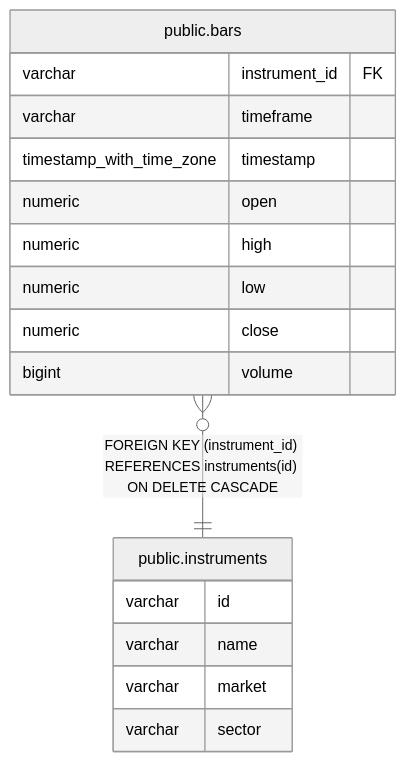
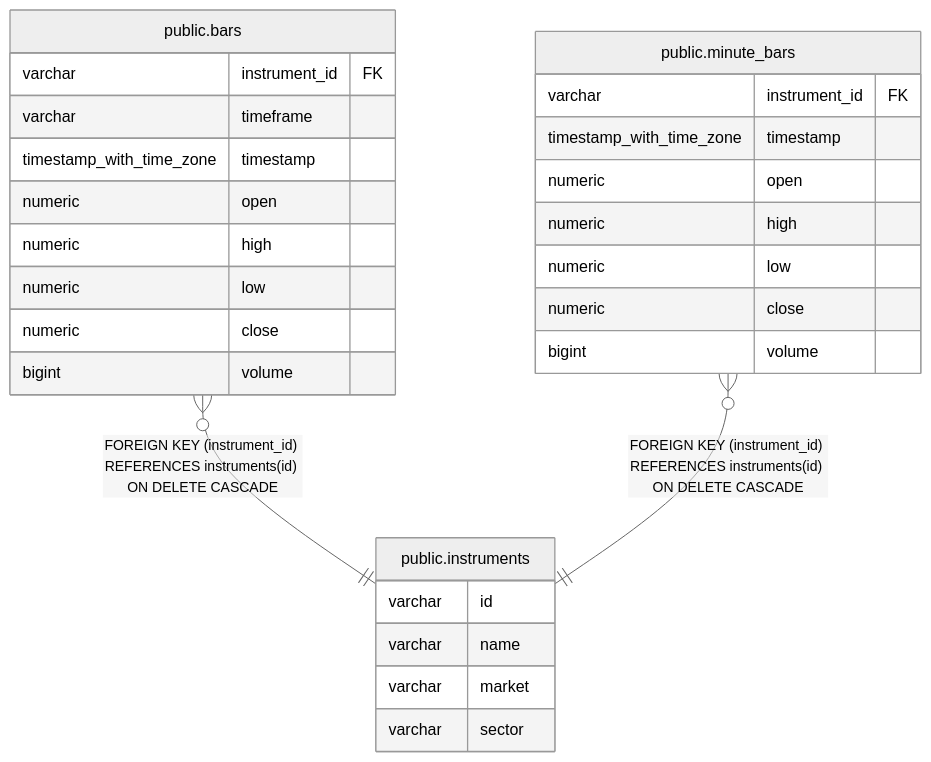
One commit to fohte/t-rader changed the diagram in backend/docs/db/public.instruments.md. Above: the diagram before and after it, drawn with Mermaid (neutral theme). The commit also changed other lines of this file and 8 other files, not shown here.

````diff
--- a/backend/docs/db/public.instruments.md
+++ b/backend/docs/db/public.instruments.md
@@ -31,22 +31,32 @@
 ```mermaid
 erDiagram
 
 "public.bars" }o--|| "public.instruments" : "FOREIGN KEY (instrument_id) REFERENCES instruments(id) ON DELETE CASCADE"
+"public.minute_bars" }o--|| "public.instruments" : "FOREIGN KEY (instrument_id) REFERENCES instruments(id) ON DELETE CASCADE"
 
 "public.instruments" {
   varchar id
   varchar name
   varchar market
   varchar sector
 }
 "public.bars" {
   varchar instrument_id FK
   varchar timeframe
   timestamp_with_time_zone timestamp
   numeric open
   numeric high
   numeric low
   numeric close
   bigint volume
 }
+"public.minute_bars" {
+  varchar instrument_id FK
+  timestamp_with_time_zone timestamp
+  numeric open
+  numeric high
+  numeric low
+  numeric close
+  bigint volume
+}
 ```
````
